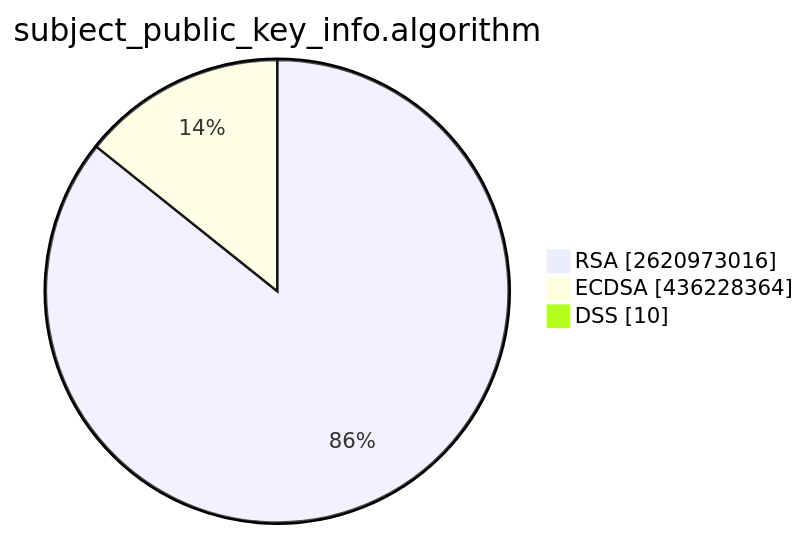
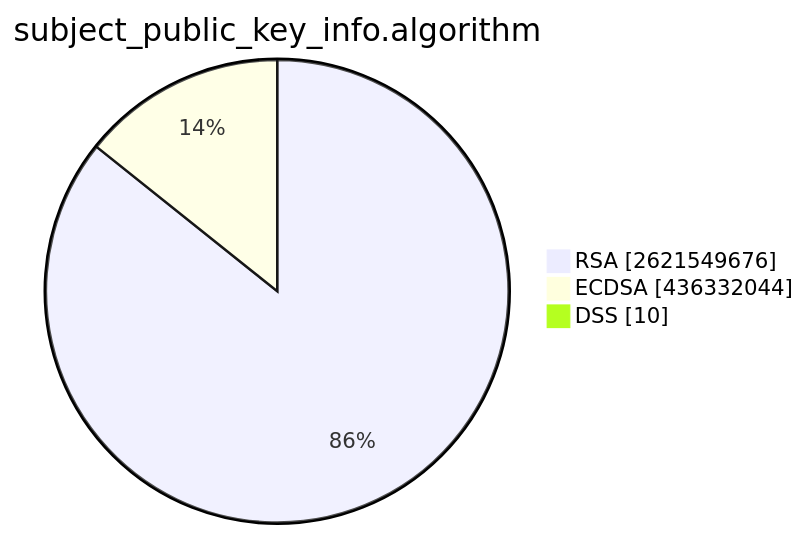
The second of 15 diagrams in TOTAL/README.md (christiankrug/ctmonitor_visualization), drawn with Mermaid before and after one commit. The commit also changed other lines of this file, not shown here.

````diff
--- a/TOTAL/README.md
+++ b/TOTAL/README.md
@@ -6,7 +6,7 @@
 ```mermaid
 pie showData
 title subject_public_key_info.algorithm
-"RSA" :2620973016
-"ECDSA" :436228364
+"RSA" :2621549676
+"ECDSA" :436332044
 "DSS" :10
 ```
````
